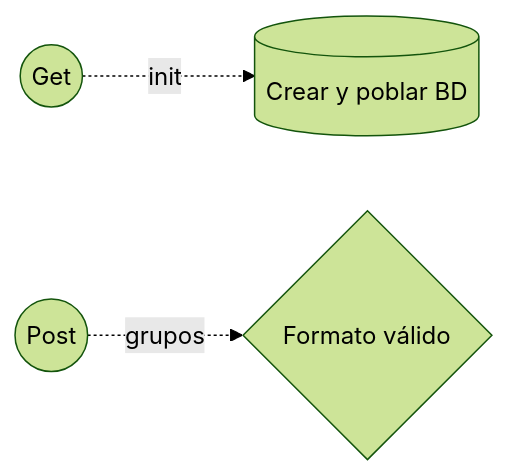
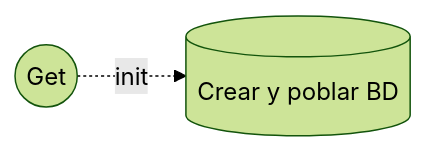
One commit to Joredjs/bancolombia-hackaton changed the first of 2 diagrams in README.md. Above: the diagram before and after it, drawn with Mermaid (forest theme). The commit also changed other lines of this file and 2 other files, not shown here.

Commit message:
Diagramas

````diff
--- a/README.md
+++ b/README.md
@@ -117,5 +120,4 @@
 ```mermaid
 graph LR
     A(( Get )) -.init.->B[(Crear y poblar BD)]
-    C(( Post )) -.grupos.->D{Formato válido}
 ```
````
